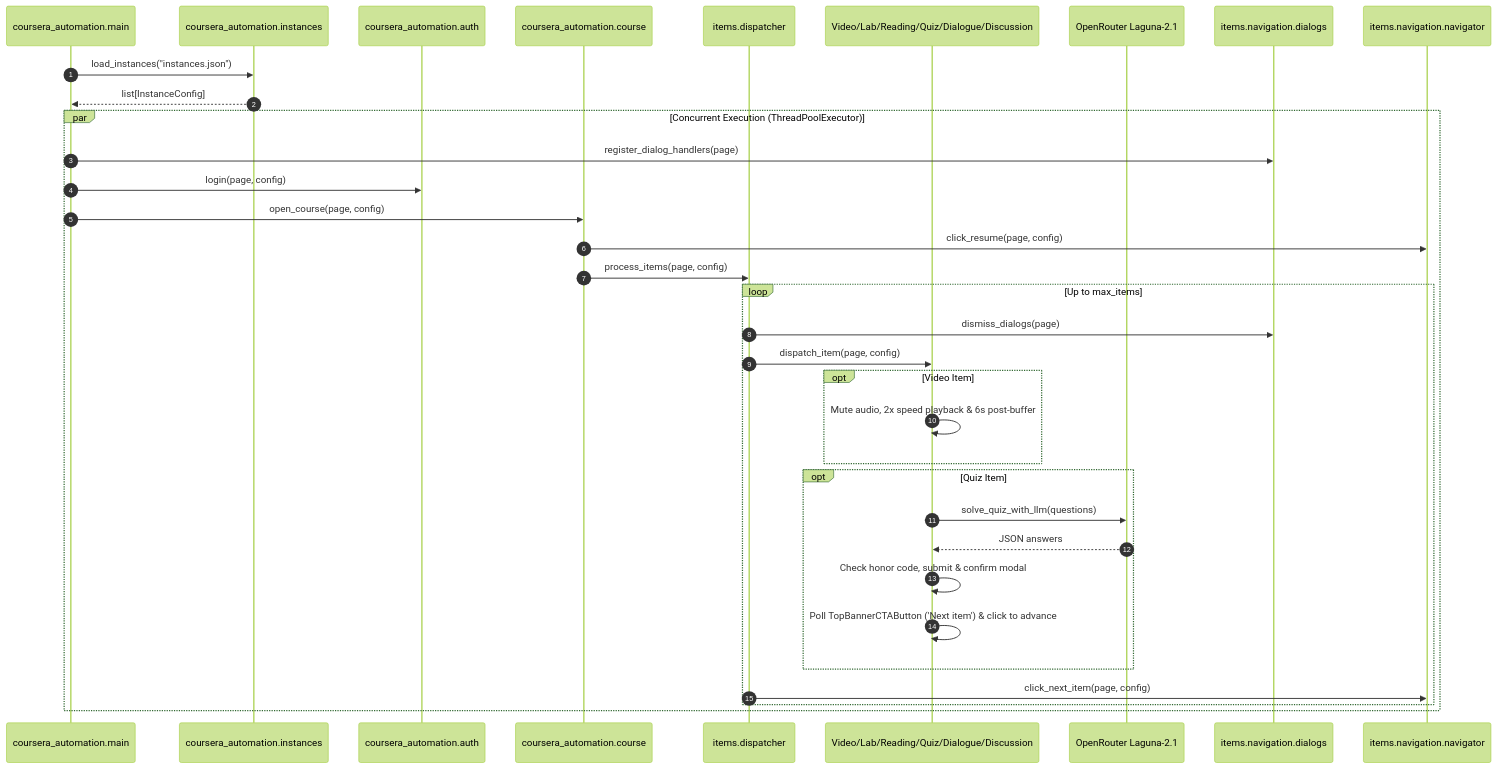
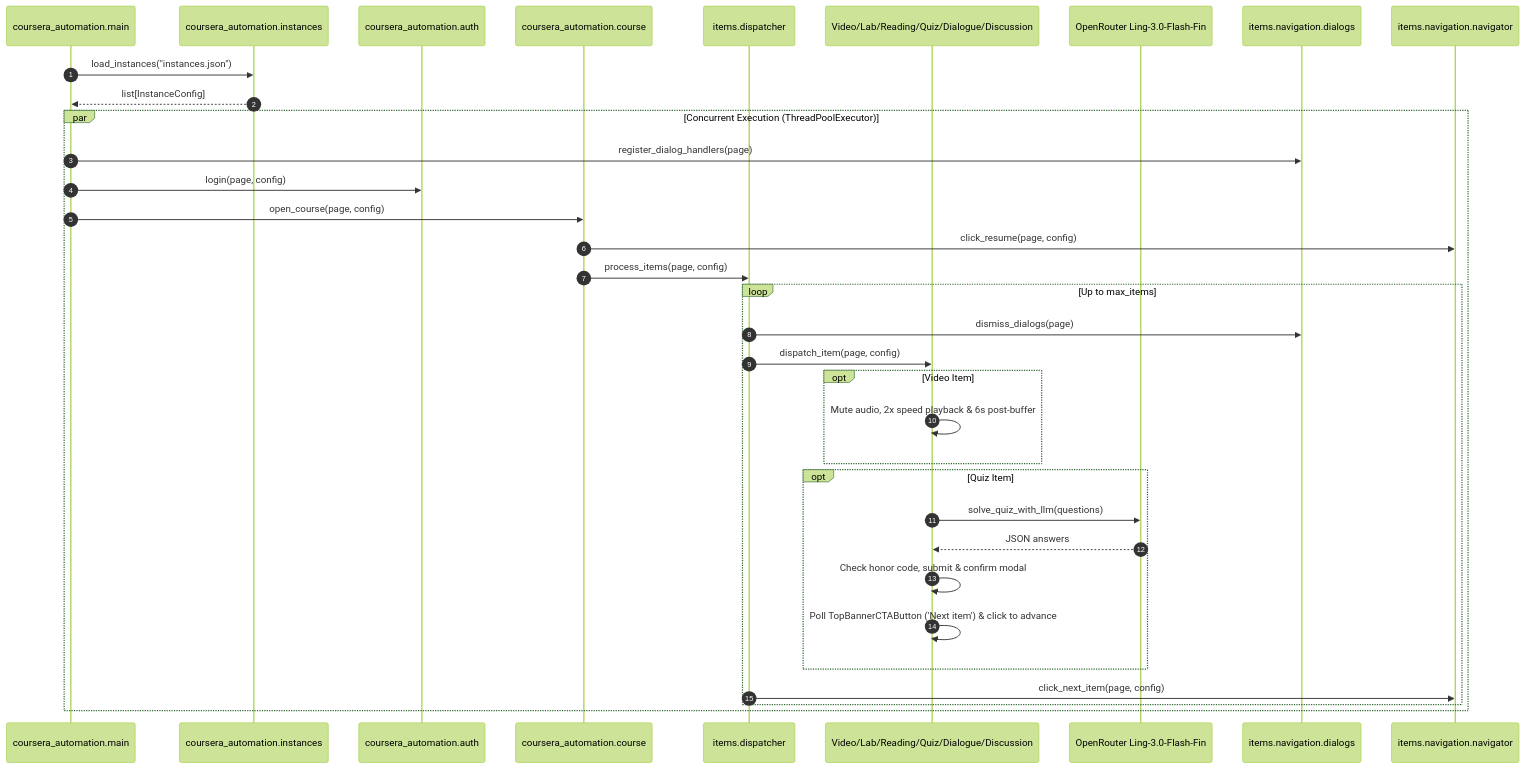
The diagram in docs/ARCHITECTURE.md (dheereshag/coursera), drawn with Mermaid (forest theme) before and after one commit. The commit also changed 4 other files, not shown here.

Commit message:
refactor: update default OpenRouter model to inclusionai/ling-3.0-flash-fin:free and streamline documentation

````diff
--- a/docs/ARCHITECTURE.md
+++ b/docs/ARCHITECTURE.md
@@ -7,38 +7,38 @@
 ```mermaid
 sequenceDiagram
     autonumber
     participant Main as coursera_automation.main
     participant Inst as coursera_automation.instances
     participant Auth as coursera_automation.auth
     participant Course as coursera_automation.course
     participant Disp as items.dispatcher
     participant Item as Video/Lab/Reading/Quiz/Dialogue/Discussion
-    participant LLM as OpenRouter Laguna-2.1
+    participant LLM as OpenRouter Ling-3.0-Flash-Fin
     participant Dial as items.navigation.dialogs
     participant Nav as items.navigation.navigator
 
     Main->>Inst: load_instances("instances.json")
     Inst-->>Main: list[InstanceConfig]
     par Concurrent Execution (ThreadPoolExecutor)
         Main->>Dial: register_dialog_handlers(page)
         Main->>Auth: login(page, config)
         Main->>Course: open_course(page, config)
         Course->>Nav: click_resume(page, config)
         Course->>Disp: process_items(page, config)
         loop Up to max_items
             Disp->>Dial: dismiss_dialogs(page)
             Disp->>Item: dispatch_item(page, config)
             opt Video Item
                 Item->>Item: Mute audio, 2x speed playback & 6s post-buffer
             end
             opt Quiz Item
                 Item->>LLM: solve_quiz_with_llm(questions)
                 LLM-->>Item: JSON answers
                 Item->>Item: Check honor code, submit & confirm modal
                 Item->>Item: Poll TopBannerCTAButton ('Next item') & click to advance
             end
 
             Disp->>Nav: click_next_item(page, config)
         end
     end
 ```
````
